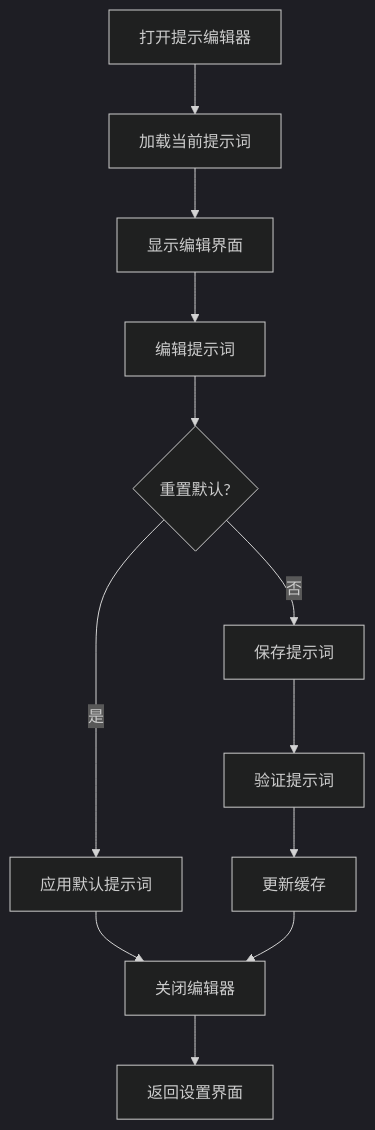
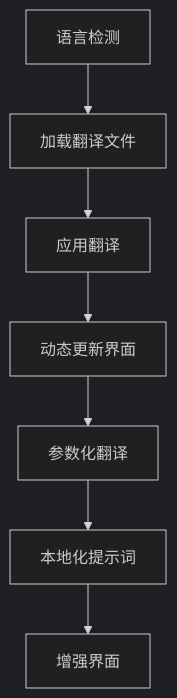
Diagram 13 of 17 in .qoder/repowiki/zh/content/Admin Settings Component.md (CubeEdge/Longhorn), drawn with Mermaid (dark theme) before and after one commit. The commit also changed other lines of this file and 53 other files, not shown here.

````diff
--- a/.qoder/repowiki/zh/content/Admin Settings Component.md
+++ b/.qoder/repowiki/zh/content/Admin Settings Component.md
@@ -521,14 +744,9 @@
 ```mermaid
 flowchart TD
-OpenEditor[打开提示编辑器] --> LoadCurrentPrompt[加载当前提示词]
-LoadCurrentPrompt --> DisplayEditor[显示编辑界面]
-DisplayEditor --> EditPrompt[编辑提示词]
-EditPrompt --> ResetDefault{重置默认?}
-ResetDefault --> |是| ApplyDefault[应用默认提示词]
-ResetDefault --> |否| SavePrompt[保存提示词]
-ApplyDefault --> CloseEditor[关闭编辑器]
-SavePrompt --> ValidatePrompt[验证提示词]
-ValidatePrompt --> UpdateCache[更新缓存]
-UpdateCache --> CloseEditor
-CloseEditor --> ReturnToSettings[返回设置界面]
+LanguageDetection[语言检测] --> LoadTranslations[加载翻译文件]
+LoadTranslations --> ApplyTranslations[应用翻译]
+ApplyTranslations --> DynamicUpdates[动态更新界面]
+DynamicUpdates --> ParameterizedTranslation[参数化翻译]
+ParameterizedTranslation --> LocalizedPrompts[本地化提示词]
+LocalizedPrompts --> EnhancedUI[增强界面]
 ```
````
